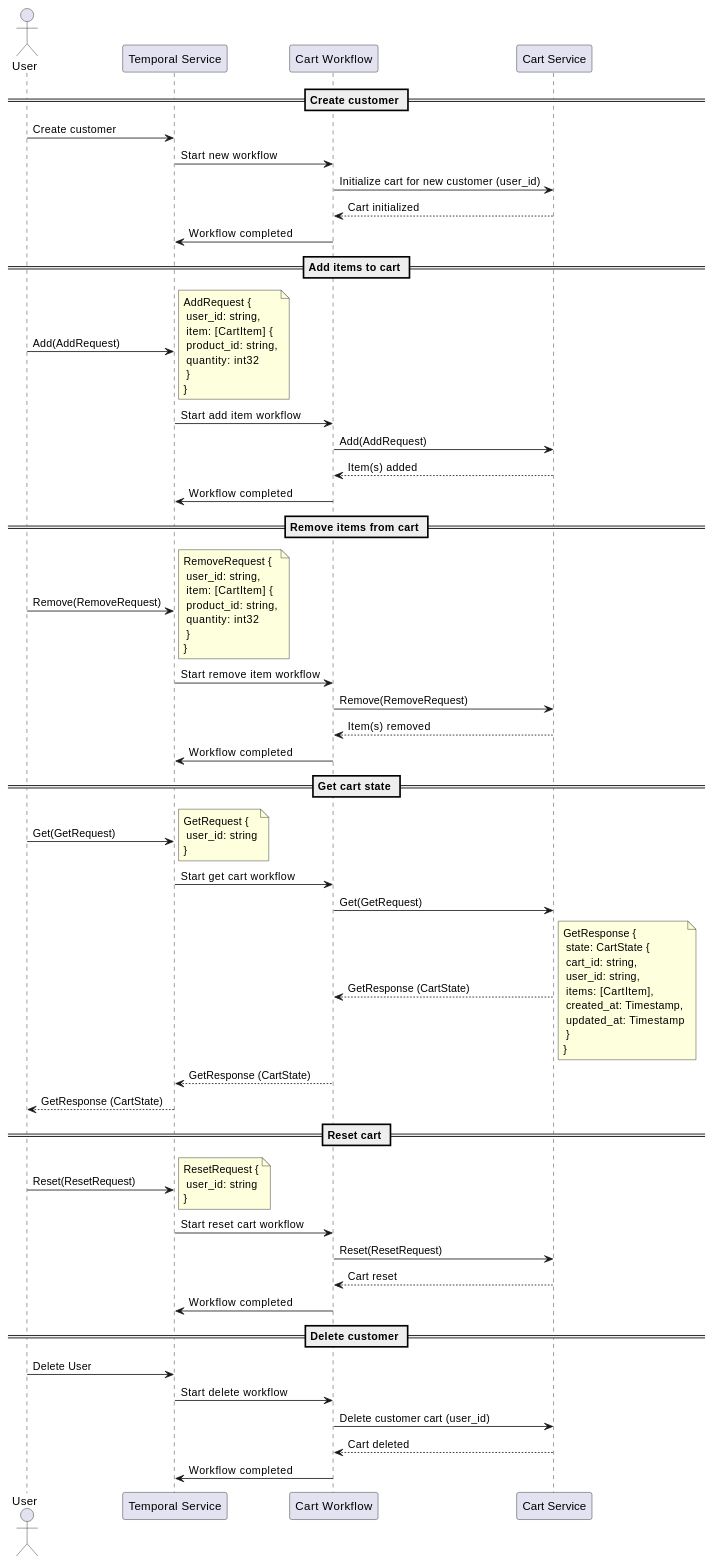
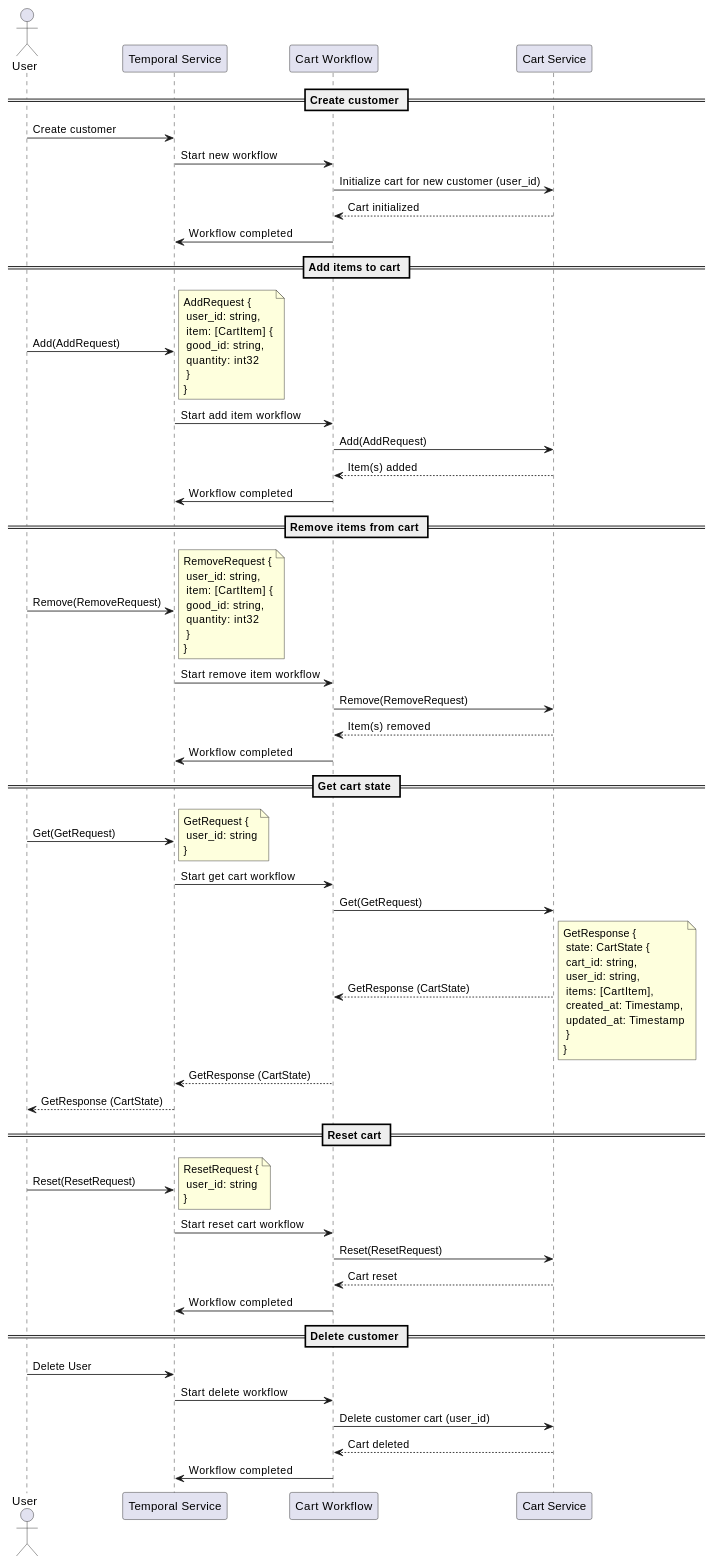
One commit to shortlink-org/shop changed the second of 2 diagrams in oms/internal/usecases/cart/README.md. Above: the diagram before and after it, drawn with PlantUML. The commit also changed 53 other files, not shown here.

First line of the commit message:
refactor: unify terminology - Product/Item → Good

````diff
--- a/oms/internal/usecases/cart/README.md
+++ b/oms/internal/usecases/cart/README.md
@@ -51,58 +51,58 @@
 ```plantuml
 @startuml
 actor User
 
 participant "Temporal Service" as Temporal
 participant "Cart Workflow" as CartWF
 participant "Cart Service" as CartService
 
 == Create customer ==
 User -> Temporal : Create customer
 Temporal -> CartWF : Start new workflow
 CartWF -> CartService : Initialize cart for new customer (user_id)
 CartService --> CartWF : Cart initialized
 CartWF -> Temporal : Workflow completed
 
 == Add items to cart ==
 User -> Temporal : Add(AddRequest)
-note right: AddRequest {\n user_id: string,\n item: [CartItem] {\n product_id: string,\n quantity: int32\n }\n}
+note right: AddRequest {\n user_id: string,\n item: [CartItem] {\n good_id: string,\n quantity: int32\n }\n}
 Temporal -> CartWF : Start add item workflow
 CartWF -> CartService : Add(AddRequest)
 CartService --> CartWF : Item(s) added
 CartWF -> Temporal : Workflow completed
 
 == Remove items from cart ==
 User -> Temporal : Remove(RemoveRequest)
-note right: RemoveRequest {\n user_id: string,\n item: [CartItem] {\n product_id: string,\n quantity: int32\n }\n}
+note right: RemoveRequest {\n user_id: string,\n item: [CartItem] {\n good_id: string,\n quantity: int32\n }\n}
 Temporal -> CartWF : Start remove item workflow
 CartWF -> CartService : Remove(RemoveRequest)
 CartService --> CartWF : Item(s) removed
 CartWF -> Temporal : Workflow completed
 
 == Get cart state ==
 User -> Temporal : Get(GetRequest)
 note right: GetRequest {\n user_id: string\n}
 Temporal -> CartWF : Start get cart workflow
 CartWF -> CartService : Get(GetRequest)
 CartService --> CartWF : GetResponse (CartState)
 note right: GetResponse {\n state: CartState {\n cart_id: string,\n user_id: string,\n items: [CartItem],\n created_at: Timestamp,\n updated_at: Timestamp\n }\n}
 CartWF --> Temporal : GetResponse (CartState)
 Temporal --> User : GetResponse (CartState)
 
 == Reset cart ==
 User -> Temporal : Reset(ResetRequest)
 note right: ResetRequest {\n user_id: string\n}
 Temporal -> CartWF : Start reset cart workflow
 CartWF -> CartService : Reset(ResetRequest)
 CartService --> CartWF : Cart reset
 CartWF -> Temporal : Workflow completed
 
 == Delete customer ==
 User -> Temporal : Delete User
 Temporal -> CartWF : Start delete workflow
 CartWF -> CartService : Delete customer cart (user_id)
 CartService --> CartWF : Cart deleted
 CartWF -> Temporal : Workflow completed
 
 @enduml
 ```
````
